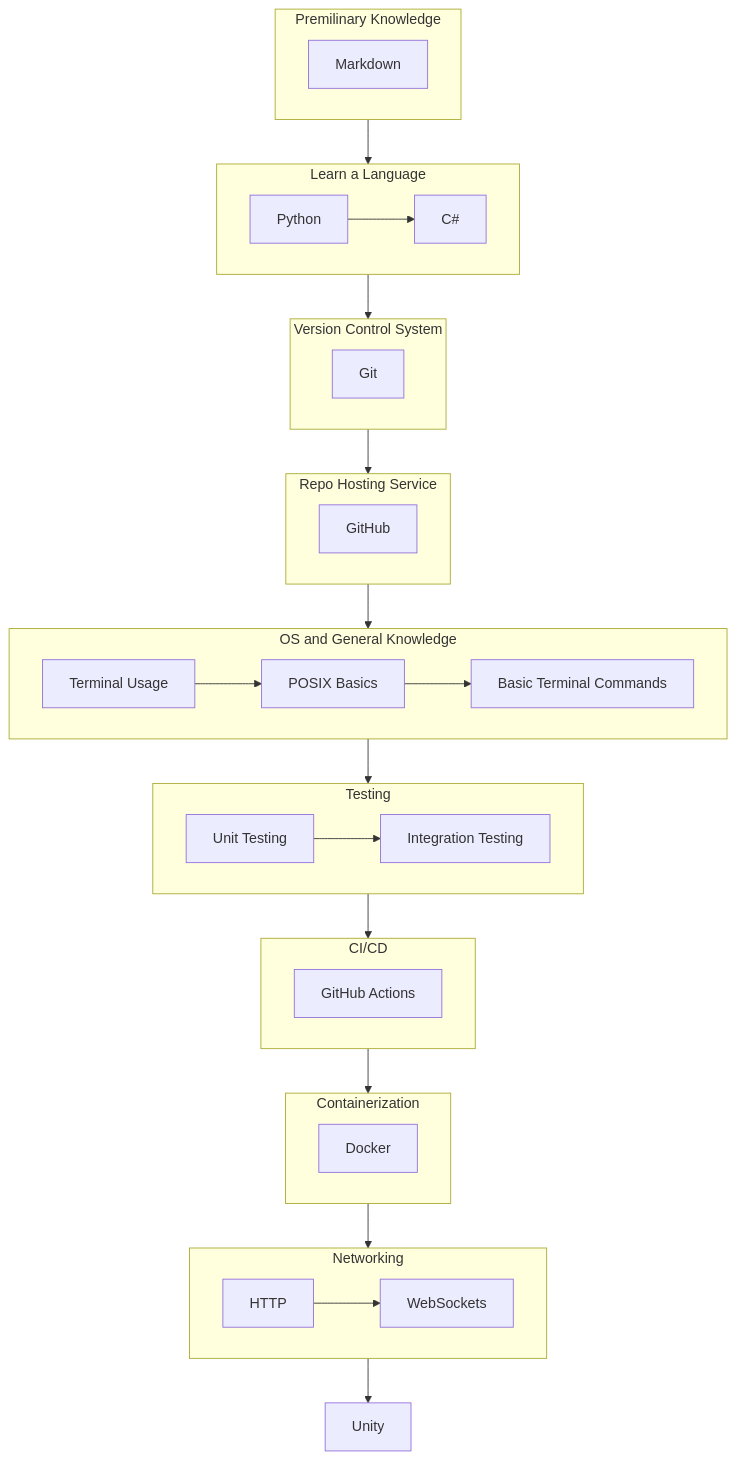
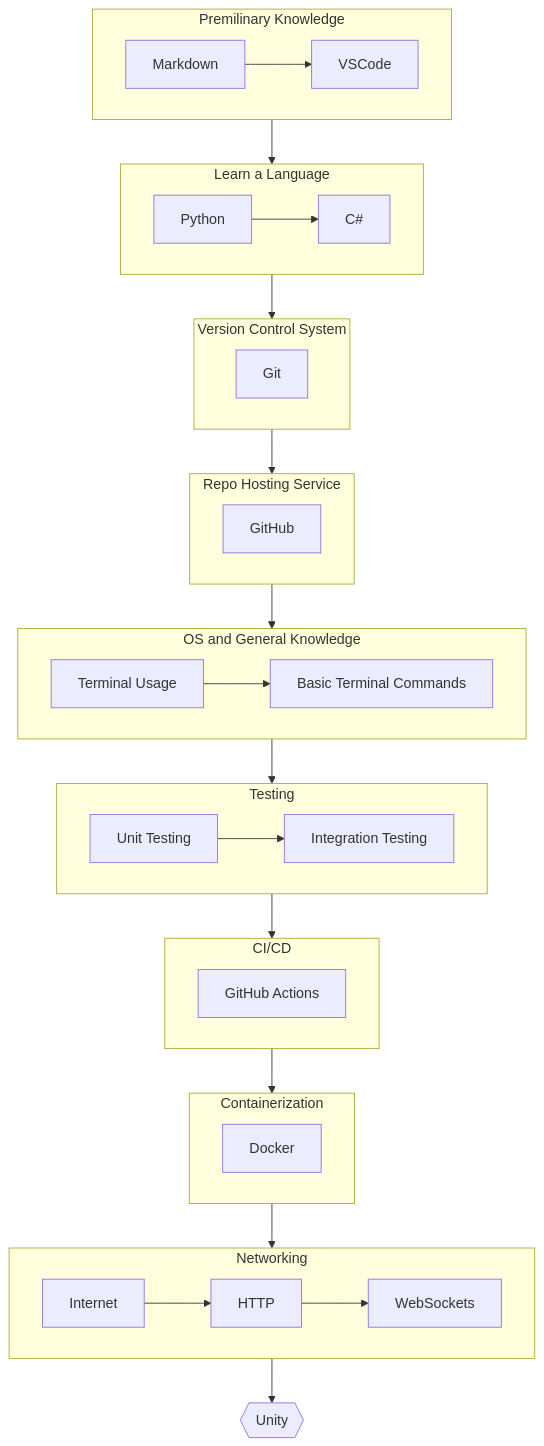
One commit to THUASTA/TechRoadmap changed the diagram in docs/dept/comp.md. Above: the diagram before and after it, drawn with Mermaid. The commit also changed 17 other files, not shown here.

````diff
--- a/docs/dept/comp.md
+++ b/docs/dept/comp.md
@@ -5,72 +5,77 @@
 ```mermaid
 flowchart TB
   subgraph pre_knowledge[Premilinary Knowledge]
+    direction LR
+
     markdown[Markdown]
+    vscode[VSCode]
+
+    markdown --> vscode
   end
 
   subgraph prog_lang[Learn a Language]
     direction LR
 
     python[Python]
     csharp[C#]
 
     python --> csharp
   end
 
   subgraph vcs[Version Control System]
     git[Git]
   end
 
   subgraph repo[Repo Hosting Service]
     github[GitHub]
   end
 
   subgraph os[OS and General Knowledge]
     direction LR
 
     terminal[Terminal Usage]
-    posix[POSIX Basics]
     commands[Basic Terminal Commands]
 
-    terminal --> posix
-    posix --> commands
+    terminal --> commands
   end
 
   subgraph testing[Testing]
     direction LR
 
     unit_testing[Unit Testing]
     integration_testing[Integration Testing]
 
     unit_testing --> integration_testing
   end
 
   subgraph ci_cd[CI/CD]
     github_actions[GitHub Actions]
   end
 
   subgraph container[Containerization]
     docker[Docker]
   end
 
   subgraph networking[Networking]
     direction LR
 
+    internet[Internet]
     http[HTTP]
     websockets[WebSockets]
 
+    internet --> http
     http --> websockets
   end
 
-  unity[Unity]
+  unity{{Unity}}
 
   pre_knowledge --> prog_lang
   prog_lang --> vcs
   vcs --> repo
   repo --> os
   os --> testing
   testing --> ci_cd
   ci_cd --> container
   container --> networking
   networking --> unity
 ```
````
